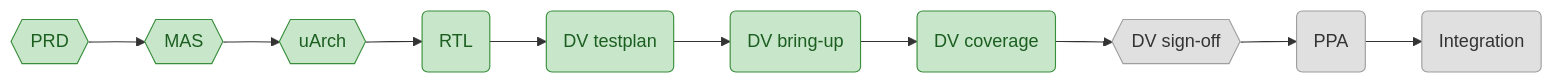
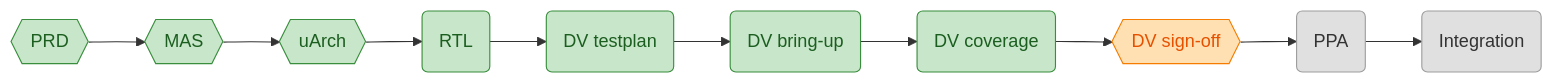
The first of 3 diagrams in hw/PROGRESS.md (matanco64/HWSW_Project), drawn with Mermaid before and after one commit. The commit also changed other lines of this file and 20 other files, not shown here.

````diff
--- a/hw/PROGRESS.md
+++ b/hw/PROGRESS.md
@@ -10,21 +10,22 @@
 ```mermaid
 flowchart LR
     prd{{PRD}}
     mas{{MAS}}
     uarch{{uArch}}
     rtl(RTL)
     dv_testplan(DV testplan)
     dv_bringup(DV bring-up)
     dv_coverage(DV coverage)
     dv_signoff{{DV sign-off}}
     ppa(PPA)
     integration(Integration)
     prd --> mas --> uarch --> rtl --> dv_testplan --> dv_bringup --> dv_coverage --> dv_signoff --> ppa --> integration
     classDef todo fill:#e0e0e0,stroke:#9e9e9e,color:#333
     classDef in_progress fill:#bbdefb,stroke:#1976d2,color:#0d47a1
     classDef review fill:#ffe0b2,stroke:#f57c00,color:#e65100
     classDef done fill:#c8e6c9,stroke:#388e3c,color:#1b5e20
     classDef blocked fill:#ffcdd2,stroke:#d32f2f,color:#b71c1c
-    class dv_signoff,ppa,integration todo
+    class ppa,integration todo
+    class dv_signoff review
     class prd,mas,uarch,rtl,dv_testplan,dv_bringup,dv_coverage done
 ```
````
